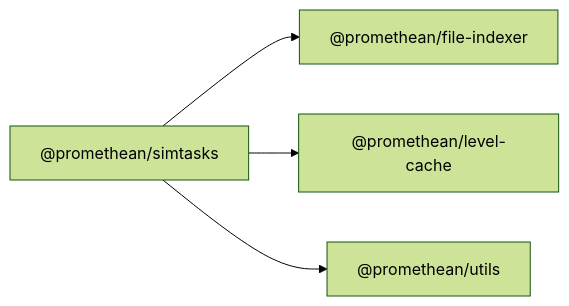
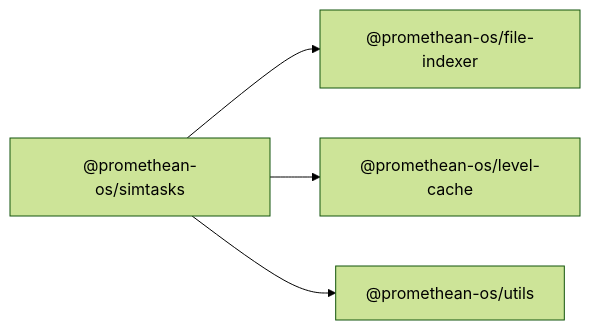
One commit to octave-commons/promethean changed the diagram in docs/packages/simtask/README.md. Above: the diagram before and after it, drawn with Mermaid (forest theme). The commit also changed other lines of this file and 1753 other files, not shown here.

````diff
--- a/docs/packages/simtask/README.md
+++ b/docs/packages/simtask/README.md
@@ -14,13 +14,13 @@
 ```mermaid
 graph LR
-  A["@promethean/simtasks"]
-  D1["@promethean/file-indexer"]
-  D2["@promethean/level-cache"]
-  D3["@promethean/utils"]
-  A --> D1["@promethean/file-indexer"]
-  A --> D2["@promethean/level-cache"]
-  A --> D3["@promethean/utils"]
-  click D1 "../file-indexer/README.md" "@promethean/file-indexer"
-  click D2 "../level-cache/README.md" "@promethean/level-cache"
-  click D3 "../utils/README.md" "@promethean/utils"
+  A["@promethean-os/simtasks"]
+  D1["@promethean-os/file-indexer"]
+  D2["@promethean-os/level-cache"]
+  D3["@promethean-os/utils"]
+  A --> D1["@promethean-os/file-indexer"]
+  A --> D2["@promethean-os/level-cache"]
+  A --> D3["@promethean-os/utils"]
+  click D1 "../file-indexer/README.md" "@promethean-os/file-indexer"
+  click D2 "../level-cache/README.md" "@promethean-os/level-cache"
+  click D3 "../utils/README.md" "@promethean-os/utils"
 ```
````
